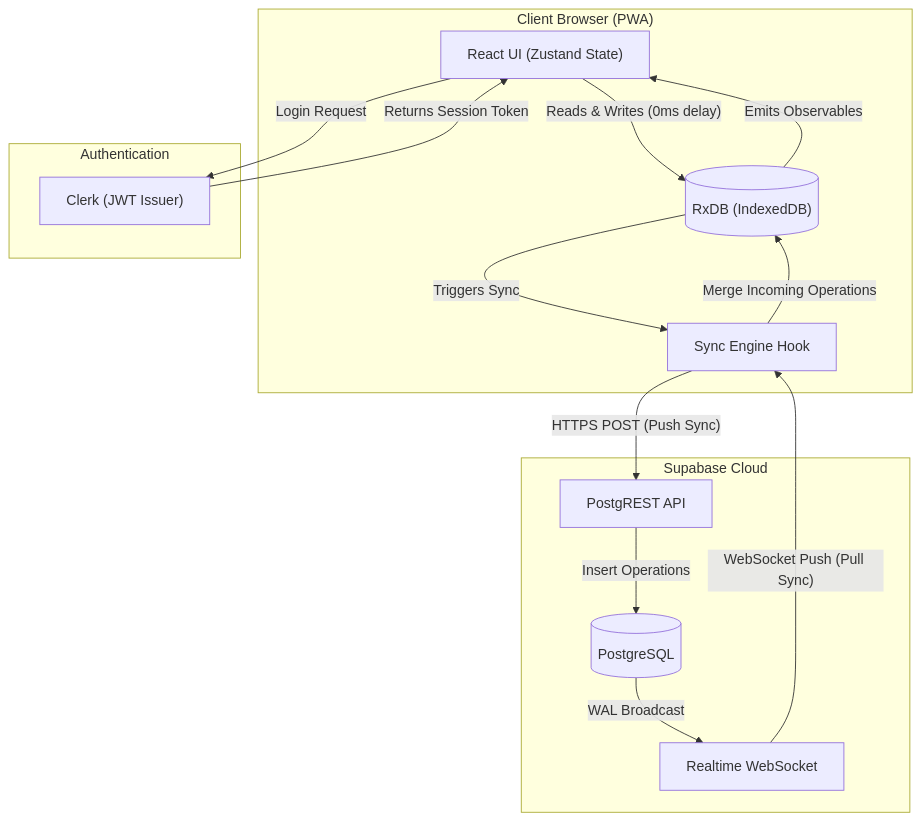
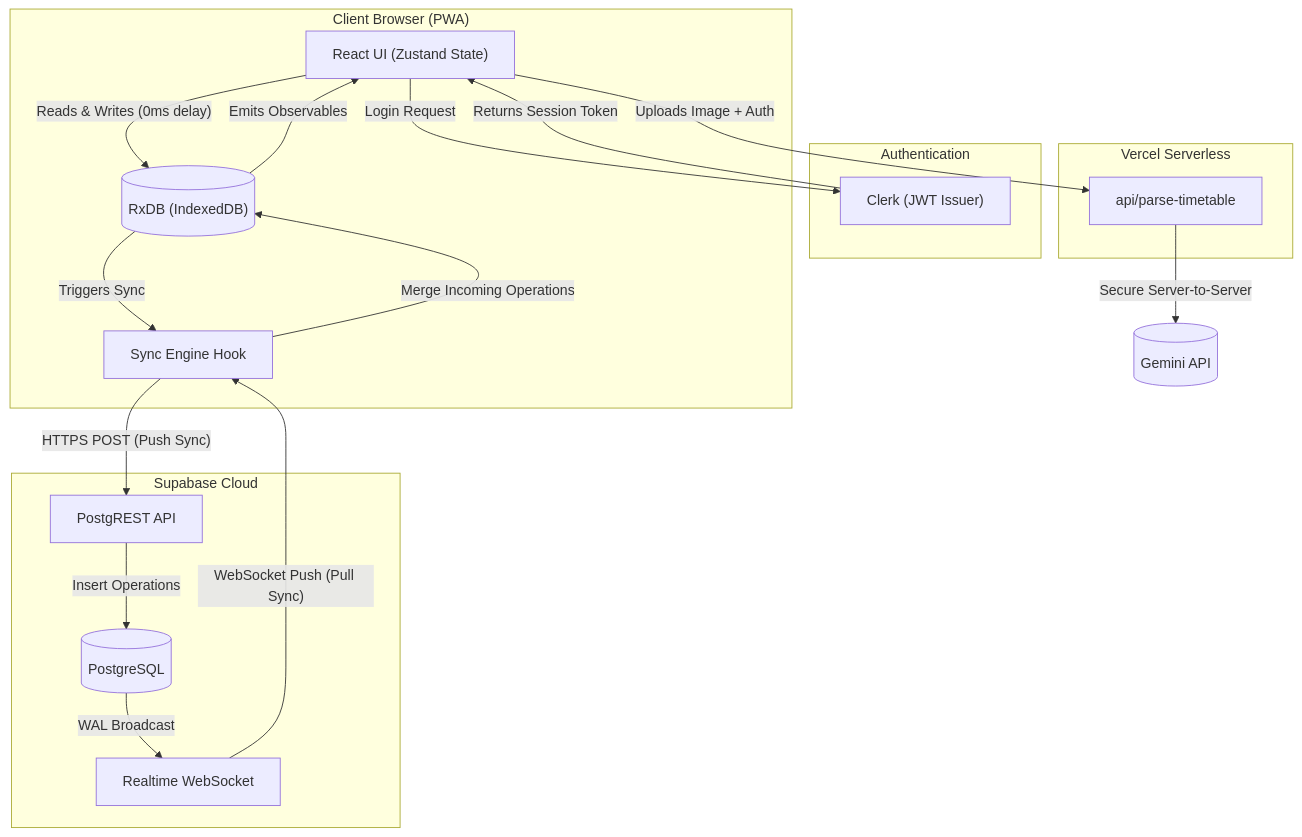
One commit to ArnavPundir22/ZeroLag changed the diagram in docs/2-architecture/SAD.md. Above: the diagram before and after it, drawn with Mermaid. The commit also changed other lines of this file and 4 other files, not shown here.

Commit message:
docs: Update architecture and product documentation

````diff
--- a/docs/2-architecture/SAD.md
+++ b/docs/2-architecture/SAD.md
@@ -23,32 +23,39 @@
 ```mermaid
 graph TD
     subgraph Client ["Client Browser (PWA)"]
         UI["React UI (Zustand State)"]
         Engine["Sync Engine Hook"]
         LocalDB[("RxDB (IndexedDB)")]
     end
 
     subgraph Auth ["Authentication"]
         IdP["Clerk (JWT Issuer)"]
     end
 
     subgraph Cloud ["Supabase Cloud"]
         REST["PostgREST API"]
         WS["Realtime WebSocket"]
         DB[("PostgreSQL")]
     end
 
     UI -- "Reads & Writes (0ms delay)" --> LocalDB
     UI -- "Login Request" --> IdP
     IdP -- "Returns Session Token" --> UI
     
+    subgraph Serverless ["Vercel Serverless"]
+        API["api/parse-timetable"]
+    end
+    
+    UI -- "Uploads Image + Auth" --> API
+    API -- "Secure Server-to-Server" --> Gemini[("Gemini API")]
+    
     LocalDB -- "Emits Observables" --> UI
     LocalDB -- "Triggers Sync" --> Engine
     
     Engine -- "HTTPS POST (Push Sync)" --> REST
     REST -- "Insert Operations" --> DB
     
     DB -- "WAL Broadcast" --> WS
     WS -- "WebSocket Push (Pull Sync)" --> Engine
     Engine -- "Merge Incoming Operations" --> LocalDB
 ```
````
